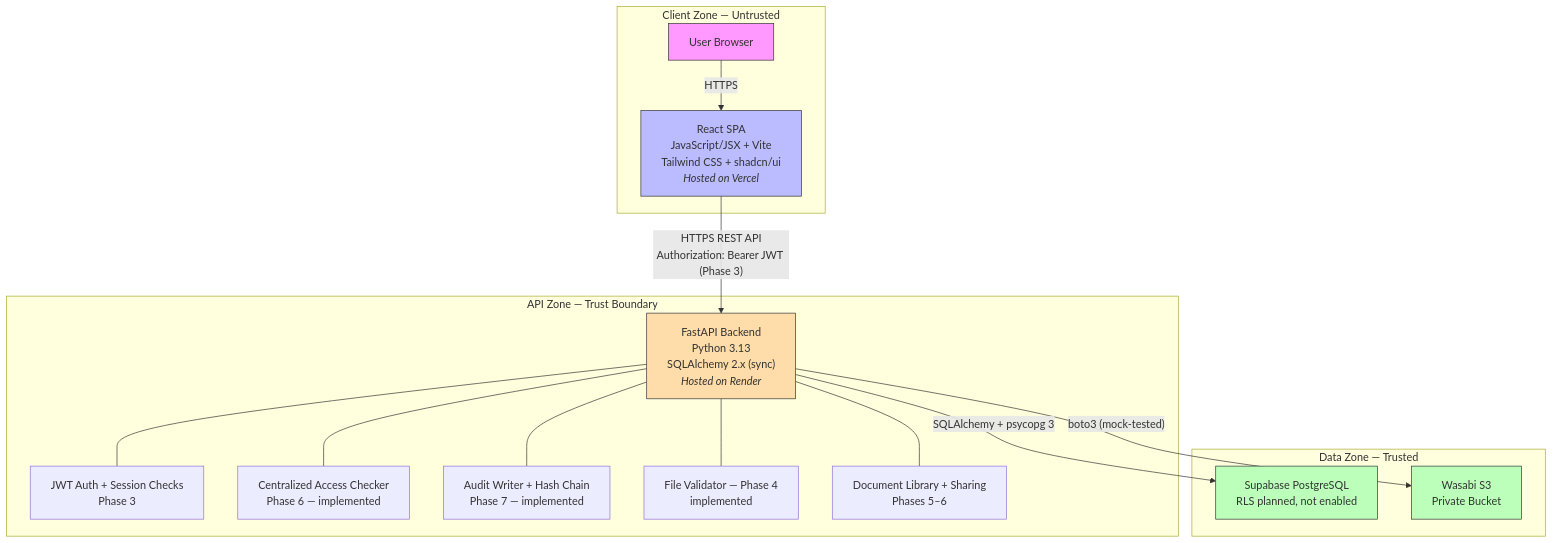
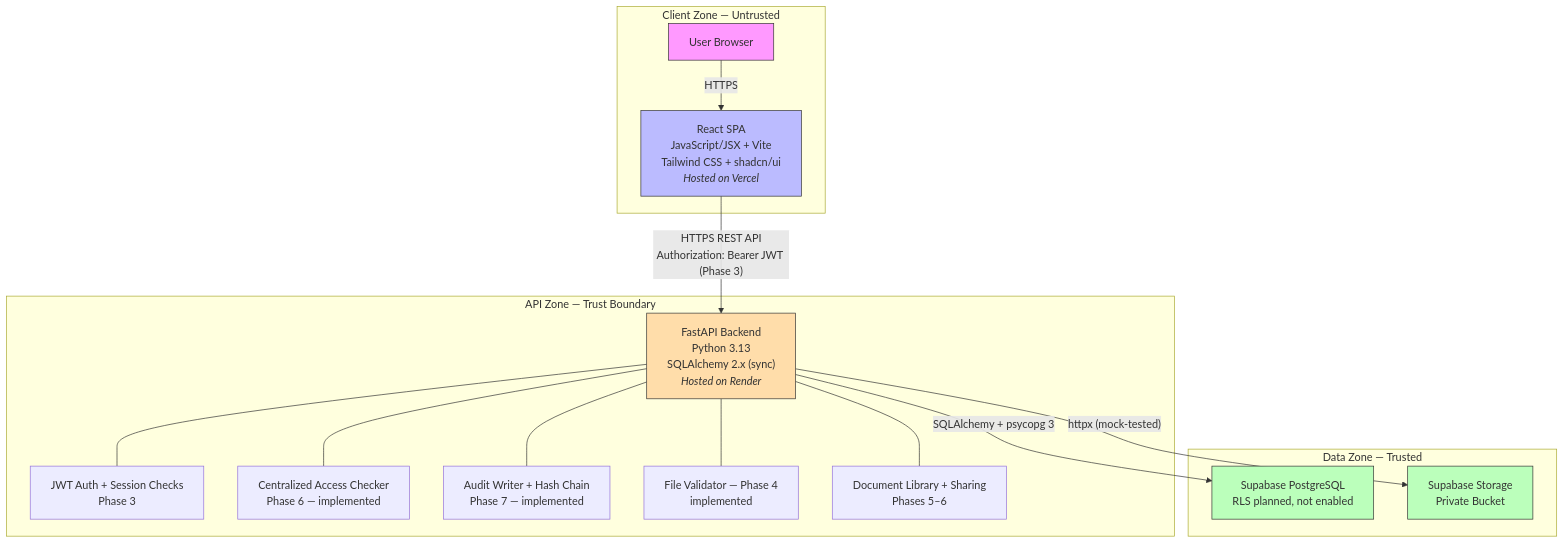
Before and after one commit to saisankeerth27/TrustVault: the first of 4 diagrams in docs/ARCHITECTURE.md, drawn with Mermaid. The commit also changed other lines of this file and 56 other files, not shown here.

````diff
--- a/docs/ARCHITECTURE.md
+++ b/docs/ARCHITECTURE.md
@@ -11,37 +11,37 @@
 ```mermaid
 graph TB
     subgraph "Client Zone — Untrusted"
         Browser["User Browser"]
         ReactSPA["React SPA<br/>JavaScript/JSX + Vite<br/>Tailwind CSS + shadcn/ui<br/><i>Hosted on Vercel</i>"]
     end
 
     subgraph "API Zone — Trust Boundary"
         API["FastAPI Backend<br/>Python 3.13<br/>SQLAlchemy 2.x (sync)<br/><i>Hosted on Render</i>"]
         AuthMW["JWT Auth + Session Checks<br/>Phase 3"]
         PermCheck["Centralized Access Checker<br/>Phase 6 — implemented"]
         AuditSvc["Audit Writer + Hash Chain<br/>Phase 7 — implemented"]
         FileVal["File Validator — Phase 4<br/>implemented"]
         DocMgmt["Document Library + Sharing<br/>Phases 5–6"]
     end
 
     subgraph "Data Zone — Trusted"
         DB["Supabase PostgreSQL<br/>RLS planned, not enabled"]
-        S3["Wasabi S3<br/>Private Bucket"]
+        S3["Supabase Storage<br/>Private Bucket"]
     end
 
     Browser -->|"HTTPS"| ReactSPA
     ReactSPA -->|"HTTPS REST API<br/>Authorization: Bearer JWT (Phase 3)"| API
     API --- AuthMW
     API --- PermCheck
     API --- AuditSvc
     API --- FileVal
     API --- DocMgmt
     API -->|"SQLAlchemy + psycopg 3"| DB
-    API -->|"boto3 (mock-tested)"| S3
+    API -->|"httpx (mock-tested)"| S3
 
     style Browser fill:#f9f,stroke:#333
     style ReactSPA fill:#bbf,stroke:#333
     style API fill:#fda,stroke:#333
     style DB fill:#bfb,stroke:#333
     style S3 fill:#bfb,stroke:#333
 ```
````
